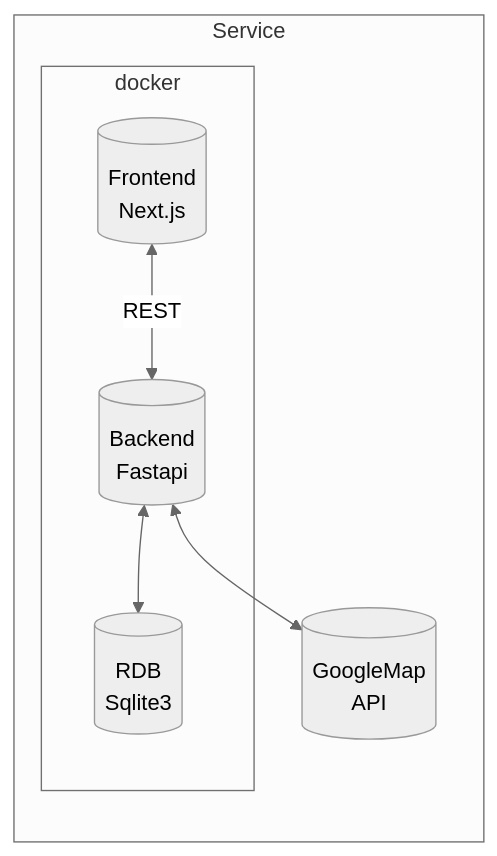
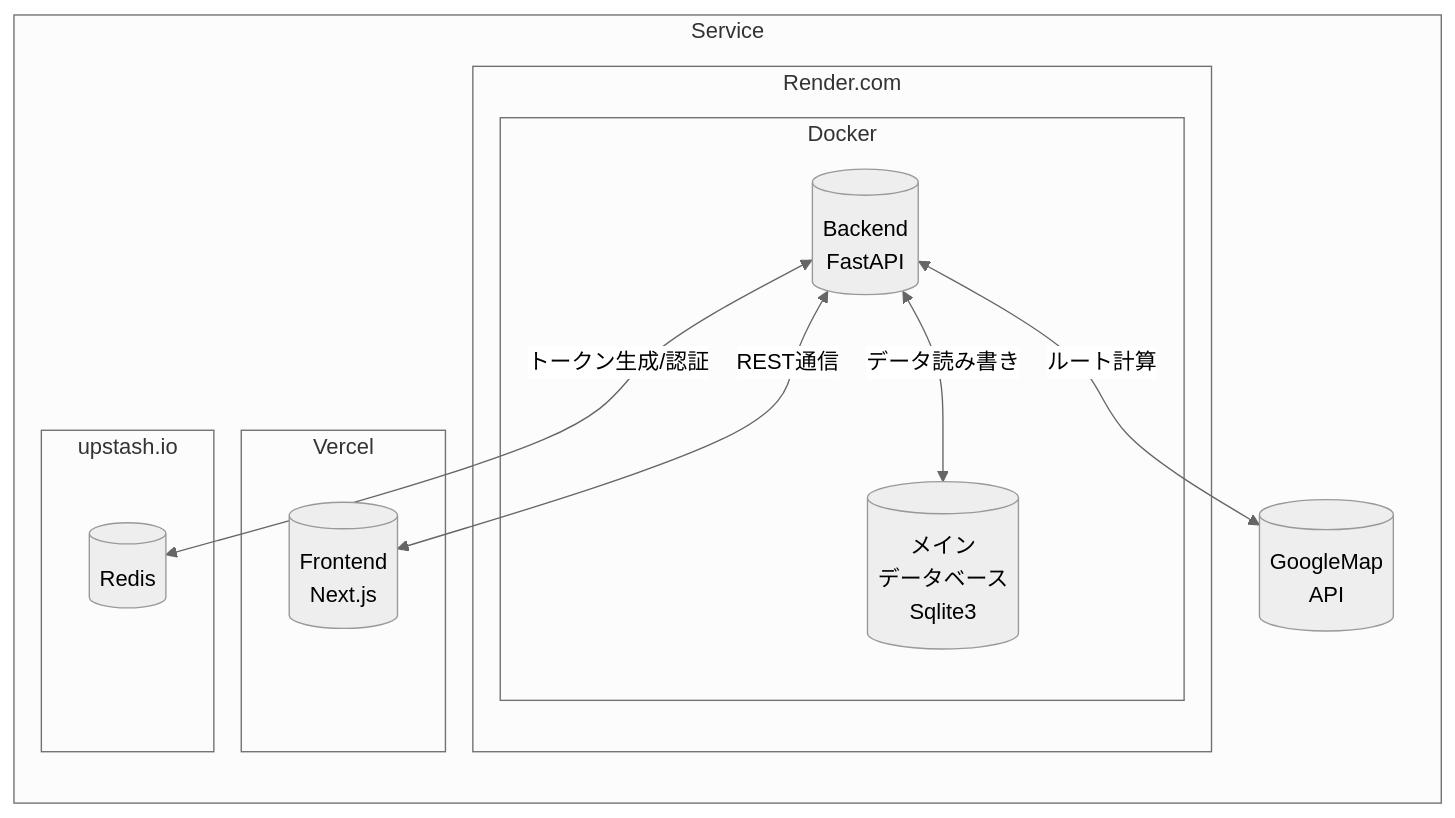
Before and after one commit to ynori123/al_castle: the diagram in README.md, drawn with Mermaid (neutral theme).

Commit message:
システム構成の更新

````diff
--- a/README.md
+++ b/README.md
@@ -3,16 +3,22 @@
 ```mermaid
-flowchart LR
+flowchart RL
     subgraph Service
-    subgraph docker[docker]
+    subgraph render[Render.com]
+    subgraph Docker[Docker]
+    back[("Backend \n FastAPI")]
+    rdb[("メイン \n データベース \n Sqlite3")]
+    end
+    end
+    subgraph Vercel[Vercel]
         front[("Frontend \n Next.js")]
-        back[("Backend \n Fastapi")]
-        rdb[("RDB \n Sqlite3")]
-        %% nosql[("NoSql \n MongoDB")]
-        front <--"REST"--> back
-        back <--> rdb
-        %% back <--> nosql
     end
+    subgraph Upstash[upstash.io]
+        nosql[("Redis")]
+    end
+    back <--"トークン生成/認証"--> nosql
+    back <--"REST通信"--> front
+        back <--"データ読み書き"--> rdb
     api[("GoogleMap \n API")]
-    back <--> api
+    back <--"ルート計算"--> api
     end
 ```
````
